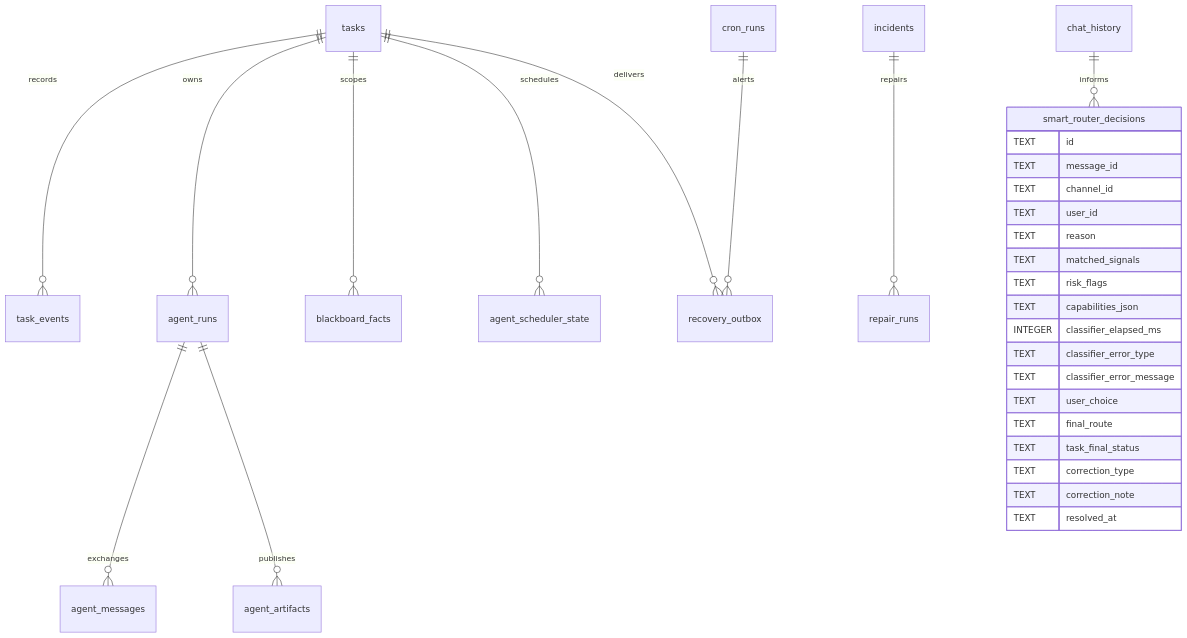
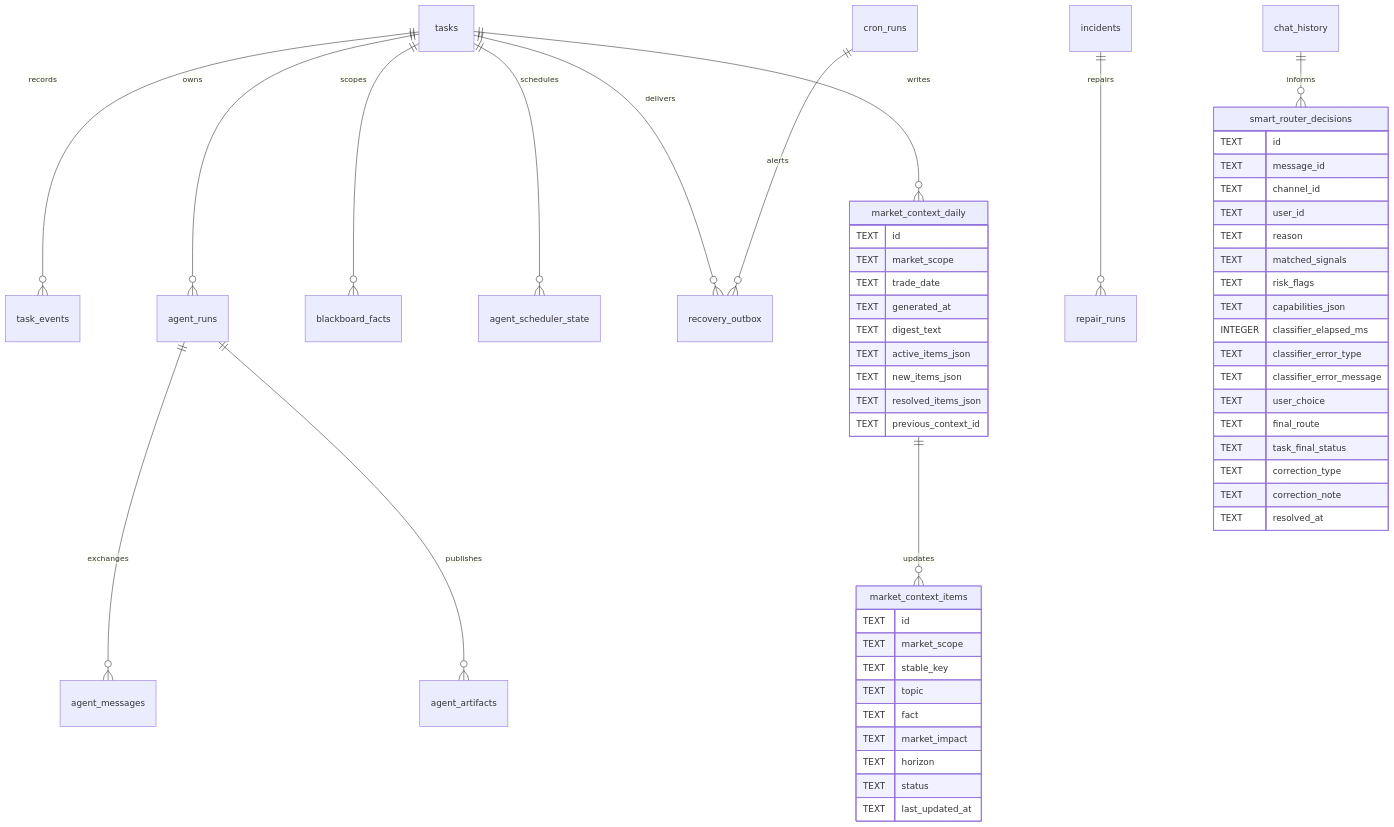
Before and after one commit to yuanyunfan/miniclaw: the sixth of 6 diagrams in docs/architecture.md, drawn with Mermaid. The commit also changed other lines of this file and 24 other files, not shown here.

First line of the commit message:
feat: add stock market context memory

````diff
--- a/docs/architecture.md
+++ b/docs/architecture.md
@@ -211,33 +213,59 @@
 ```mermaid
 erDiagram
   tasks ||--o{ task_events : records
   tasks ||--o{ agent_runs : owns
   agent_runs ||--o{ agent_messages : exchanges
   agent_runs ||--o{ agent_artifacts : publishes
   tasks ||--o{ blackboard_facts : scopes
   tasks ||--o{ agent_scheduler_state : schedules
   tasks ||--o{ recovery_outbox : delivers
+  tasks ||--o{ market_context_daily : writes
   cron_runs ||--o{ recovery_outbox : alerts
   incidents ||--o{ repair_runs : repairs
   chat_history ||--o{ smart_router_decisions : informs
+  market_context_daily ||--o{ market_context_items : updates
 
   smart_router_decisions {
     TEXT id
     TEXT message_id
     TEXT channel_id
     TEXT user_id
     TEXT reason
     TEXT matched_signals
     TEXT risk_flags
     TEXT capabilities_json
     INTEGER classifier_elapsed_ms
     TEXT classifier_error_type
     TEXT classifier_error_message
     TEXT user_choice
     TEXT final_route
     TEXT task_final_status
     TEXT correction_type
     TEXT correction_note
     TEXT resolved_at
   }
+
+  market_context_daily {
+    TEXT id
+    TEXT market_scope
+    TEXT trade_date
+    TEXT generated_at
+    TEXT digest_text
+    TEXT active_items_json
+    TEXT new_items_json
+    TEXT resolved_items_json
+    TEXT previous_context_id
+  }
+
+  market_context_items {
+    TEXT id
+    TEXT market_scope
+    TEXT stable_key
+    TEXT topic
+    TEXT fact
+    TEXT market_impact
+    TEXT horizon
+    TEXT status
+    TEXT last_updated_at
+  }
 ```
````
